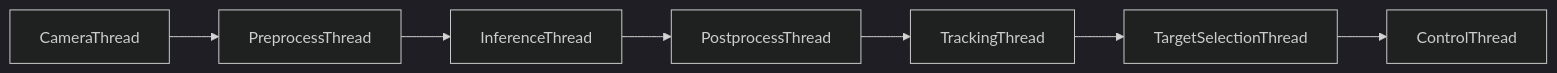
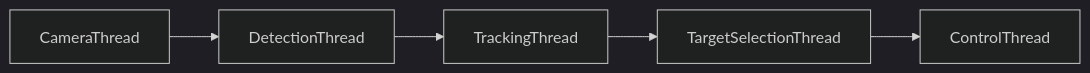
Before and after one commit to lwir-deepx-tracking-system/runtime: the diagram in README.md, drawn with Mermaid (dark theme). The commit also changed other lines of this file and 54 other files, not shown here.

````diff
--- a/README.md
+++ b/README.md
@@ -7,4 +7,4 @@
 ```mermaid
 flowchart LR
-    CameraThread --> PreprocessThread --> InferenceThread --> PostprocessThread --> TrackingThread --> TargetSelectionThread --> ControlThread
+    CameraThread --> DetectionThread --> TrackingThread --> TargetSelectionThread --> ControlThread
 ```
````
